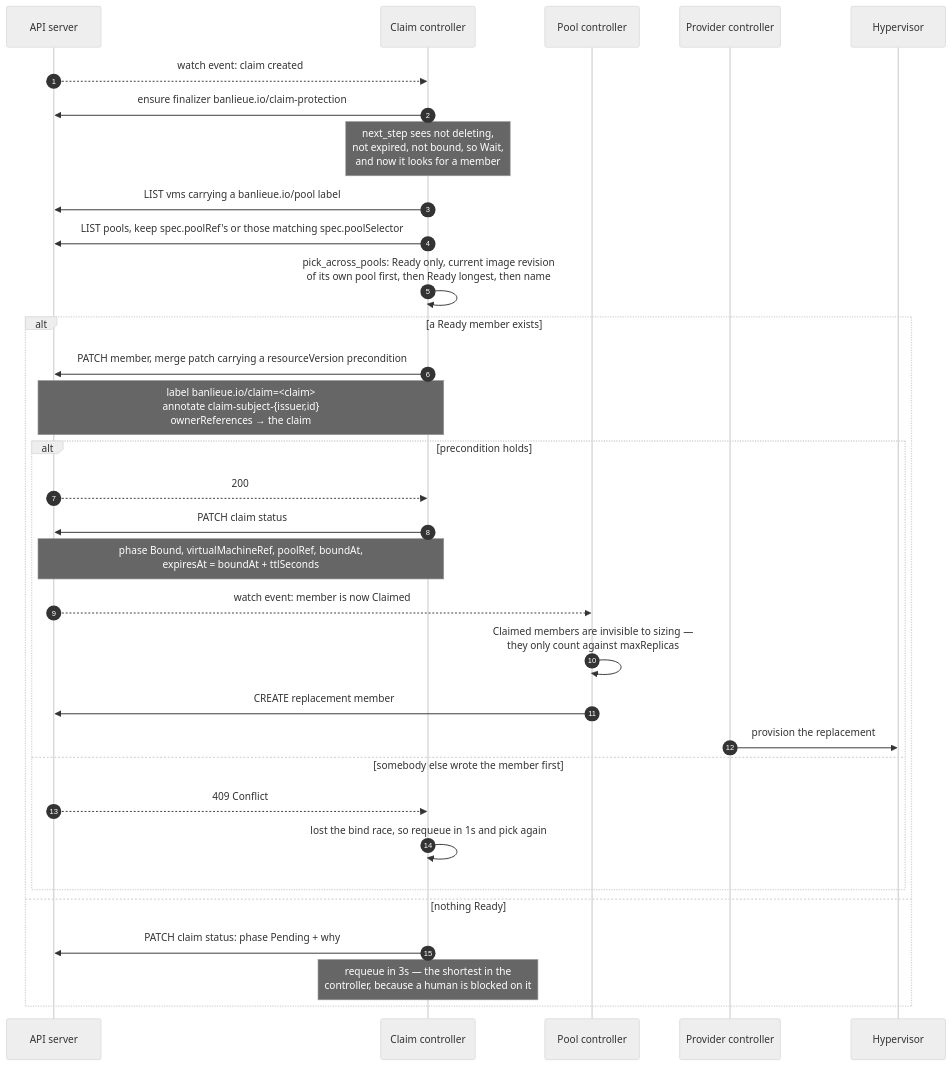
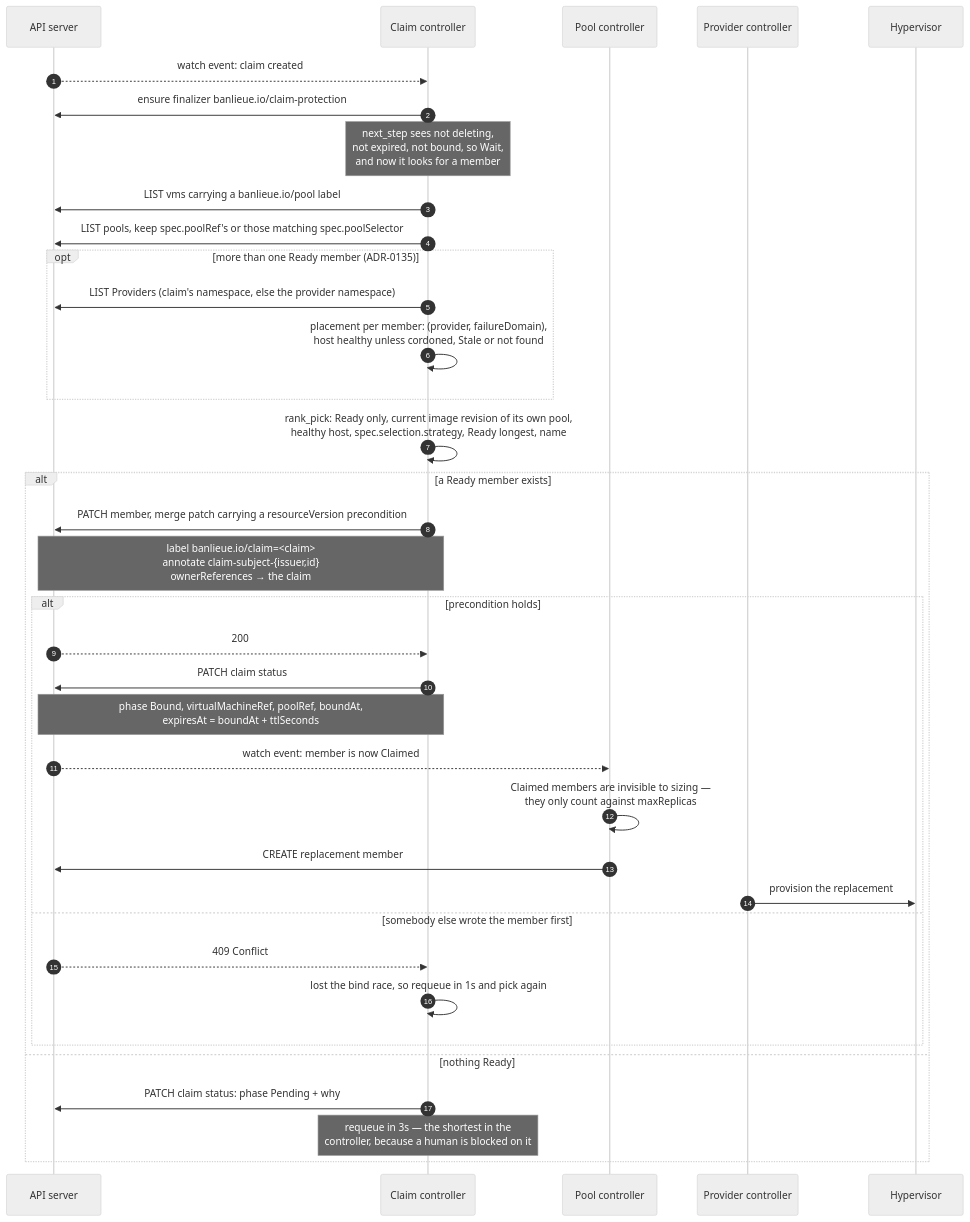
Before and after one commit to firestoned/banlieue: the fifth of 11 diagrams in docs/src/concepts/virtualmachine-claim-flow.md, drawn with Mermaid (neutral theme). The commit also changed 117 other files, not shown here.

````diff
--- a/docs/src/concepts/virtualmachine-claim-flow.md
+++ b/docs/src/concepts/virtualmachine-claim-flow.md
@@ -226,39 +226,43 @@
 ```mermaid
 sequenceDiagram
     autonumber
     participant API as API server
     participant CC as Claim controller
     participant PC as Pool controller
     participant PROV as Provider controller
     participant HV as Hypervisor
 
     API-->>CC: watch event: claim created
     CC->>API: ensure finalizer banlieue.io/claim-protection
 
     Note over CC: next_step sees not deleting,<br/>not expired, not bound, so Wait,<br/>and now it looks for a member
 
     CC->>API: LIST vms carrying a banlieue.io/pool label
     CC->>API: LIST pools, keep spec.poolRef's or those matching spec.poolSelector
-    CC->>CC: pick_across_pools: Ready only, current image revision<br/>of its own pool first, then Ready longest, then name
+    opt more than one Ready member (ADR-0135)
+        CC->>API: LIST Providers (claim's namespace, else the provider namespace)
+        CC->>CC: placement per member: (provider, failureDomain),<br/>host healthy unless cordoned, Stale or not found
+    end
+    CC->>CC: rank_pick: Ready only, current image revision of its own pool,<br/>healthy host, spec.selection.strategy, Ready longest, name
 
     alt a Ready member exists
         CC->>API: PATCH member, merge patch carrying a resourceVersion precondition
         Note over CC,API: label banlieue.io/claim=<claim><br/>annotate claim-subject-{issuer,id}<br/>ownerReferences → the claim
 
         alt precondition holds
             API-->>CC: 200
             CC->>API: PATCH claim status
             Note over CC,API: phase Bound, virtualMachineRef, poolRef, boundAt,<br/>expiresAt = boundAt + ttlSeconds
             API-->>PC: watch event: member is now Claimed
             PC->>PC: Claimed members are invisible to sizing —<br/>they only count against maxReplicas
             PC->>API: CREATE replacement member
             PROV->>HV: provision the replacement
         else somebody else wrote the member first
             API-->>CC: 409 Conflict
             CC->>CC: lost the bind race, so requeue in 1s and pick again
         end
     else nothing Ready
         CC->>API: PATCH claim status: phase Pending + why
         Note over CC: requeue in 3s — the shortest in the<br/>controller, because a human is blocked on it
     end
 ```
````
